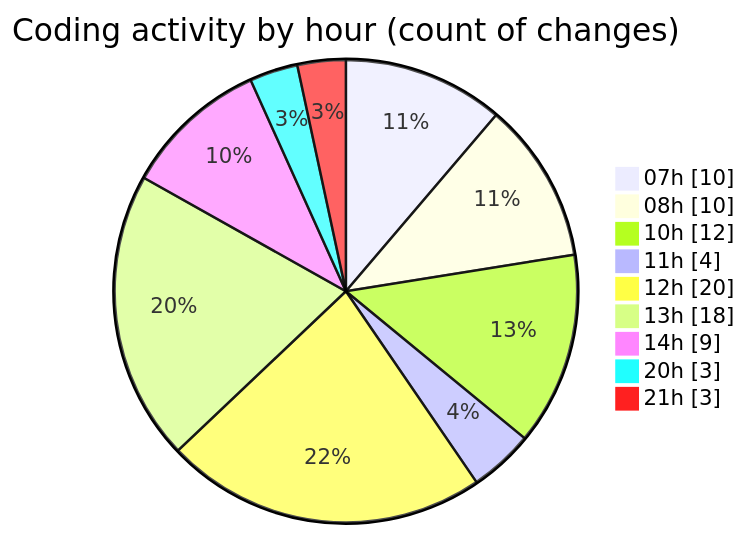
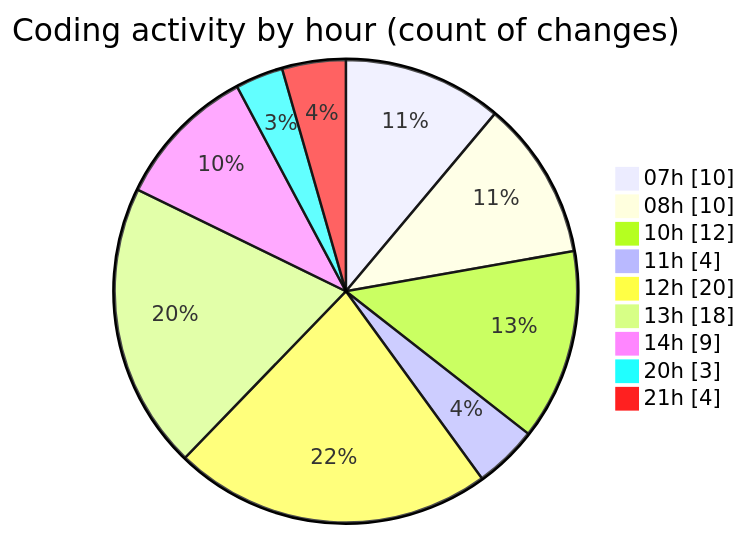
One commit to tmsrecording-cyber/code-tracking changed the second of 2 diagrams in 2026-02-08/singularitybrainai/README.md. Above: the diagram before and after it, drawn with Mermaid. The commit also changed other lines of this file and 1 other file, not shown here.

````diff
--- a/2026-02-08/singularitybrainai/README.md
+++ b/2026-02-08/singularitybrainai/README.md
@@ -46,13 +46,13 @@
 ```mermaid
 pie showData
 title Coding activity by hour (count of changes)
 "07h" : 10
 "08h" : 10
 "10h" : 12
 "11h" : 4
 "12h" : 20
 "13h" : 18
 "14h" : 9
 "20h" : 3
-"21h" : 3
+"21h" : 4
 ```
````
